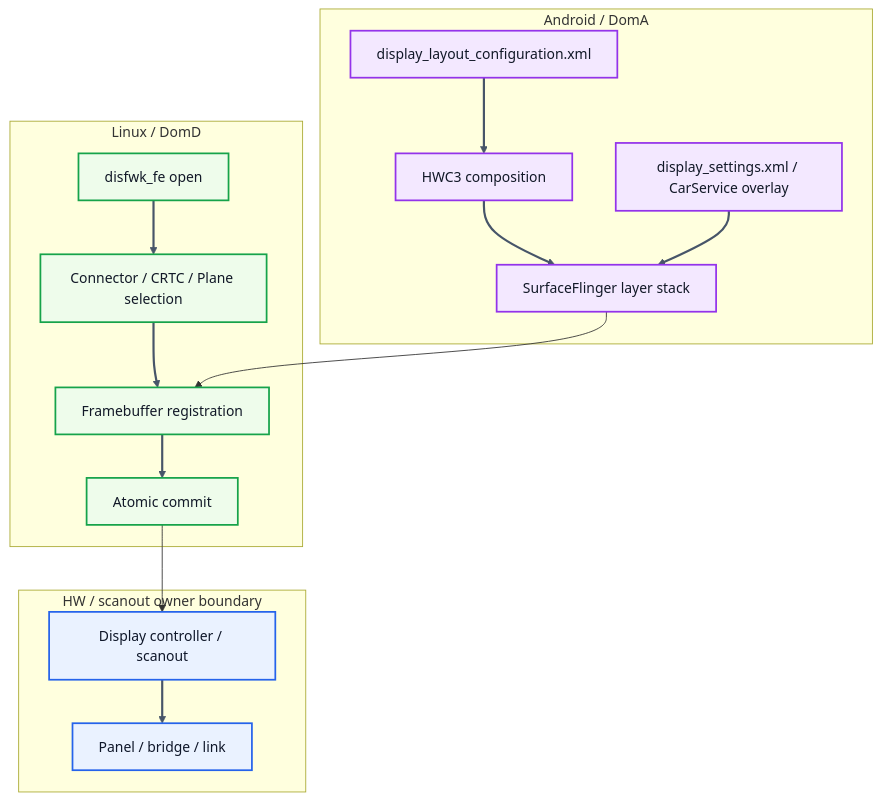
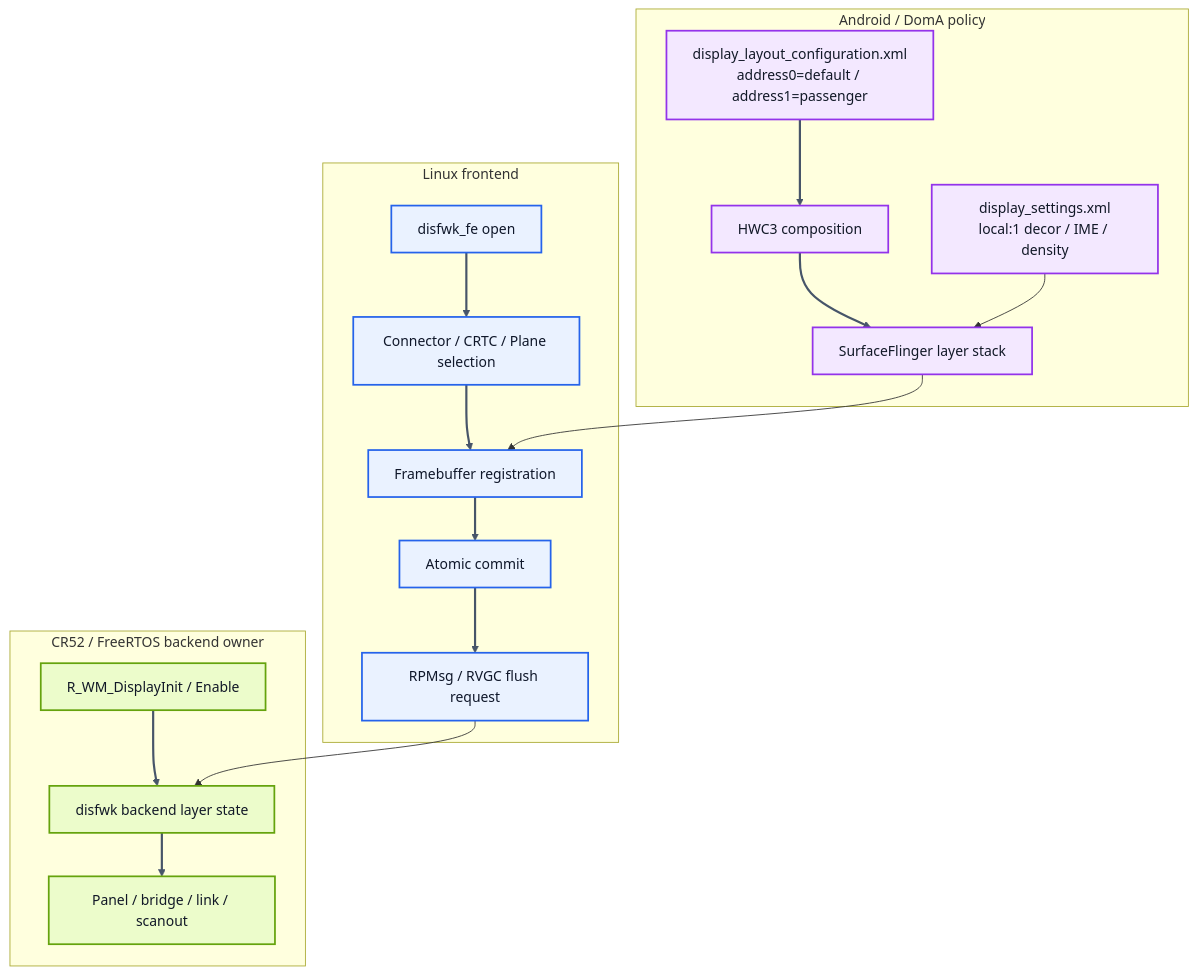
One commit to jaeha-lee90/jaeha-lee90.github.io changed the diagram in assets/mermaid/r-company/x5h-day59-diagram-05.mmd. Above: the diagram before and after it, drawn with Mermaid. The commit also changed 8 other files, not shown here.

Commit message:
Refine X5H Day59 display ownership and debug flow

```diff
--- a/assets/mermaid/r-company/x5h-day59-diagram-05.mmd
+++ b/assets/mermaid/r-company/x5h-day59-diagram-05.mmd
@@ -1,24 +1,24 @@
 flowchart TB
-    subgraph HW["HW / scanout owner boundary"]
-        SCN["Display controller / scanout"] --> PNL["Panel / bridge / link"]
+    subgraph RT["CR52 / FreeRTOS backend owner"]
+        R1["R_WM_DisplayInit / Enable"] --> R2["disfwk backend layer state"] --> R3["Panel / bridge / link / scanout"]
     end
 
-    subgraph LNX["Linux / DomD"]
-        D1["disfwk_fe open"] --> D2["Connector / CRTC / Plane selection"] --> D3["Framebuffer registration"] --> D4["Atomic commit"]
+    subgraph LNX["Linux frontend"]
+        D1["disfwk_fe open"] --> D2["Connector / CRTC / Plane selection"] --> D3["Framebuffer registration"] --> D4["Atomic commit"] --> D5["RPMsg / RVGC flush request"]
     end
 
-    subgraph AND["Android / DomA"]
-        A3["display_layout_configuration.xml"] --> A1["HWC3 composition"] --> A2["SurfaceFlinger layer stack"]
-        A4["display_settings.xml / CarService overlay"] --> A2
+    subgraph AND["Android / DomA policy"]
+        A1["display_layout_configuration.xml\naddress0=default / address1=passenger"] --> A2["HWC3 composition"] --> A3["SurfaceFlinger layer stack"]
+        A4["display_settings.xml\nlocal:1 decor / IME / density"] --> A3
     end
 
-    A2 --> D3
-    D4 --> SCN
+    A3 --> D3
+    D5 --> R2
 
-    classDef hw fill:#EAF2FF,stroke:#2563EB,stroke-width:2px,color:#0F172A;
-    classDef lnx fill:#EEFCEB,stroke:#16A34A,stroke-width:2px,color:#111827;
+    classDef rt fill:#ECFCCB,stroke:#65A30D,stroke-width:2px,color:#111827;
+    classDef lnx fill:#EAF2FF,stroke:#2563EB,stroke-width:2px,color:#0F172A;
     classDef and fill:#F3E8FF,stroke:#9333EA,stroke-width:2px,color:#111827;
-    class SCN,PNL hw;
-    class D1,D2,D3,D4 lnx;
+    class R1,R2,R3 rt;
+    class D1,D2,D3,D4,D5 lnx;
     class A1,A2,A3,A4 and;
-    linkStyle 0,1,2,3,4,5,6 stroke:#475569,stroke-width:2.5px;
+    linkStyle 0,1,2,3,4,5,6,7 stroke:#475569,stroke-width:2.5px;
```
